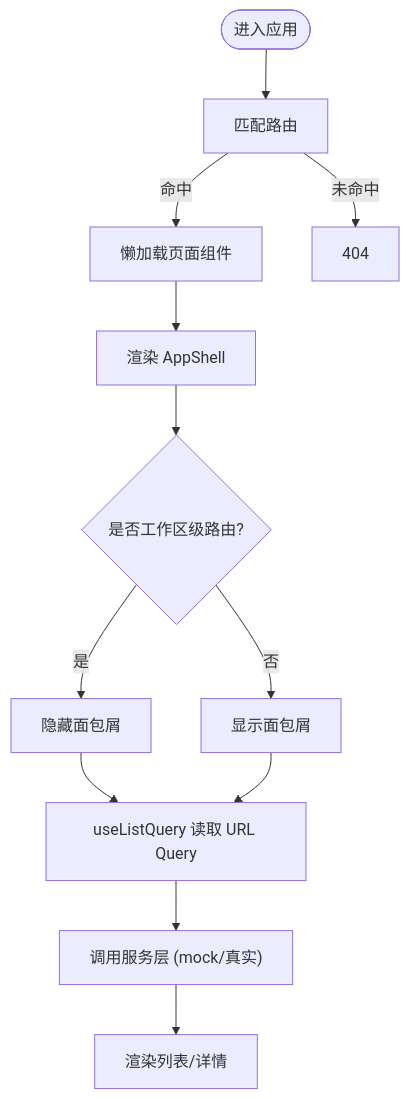
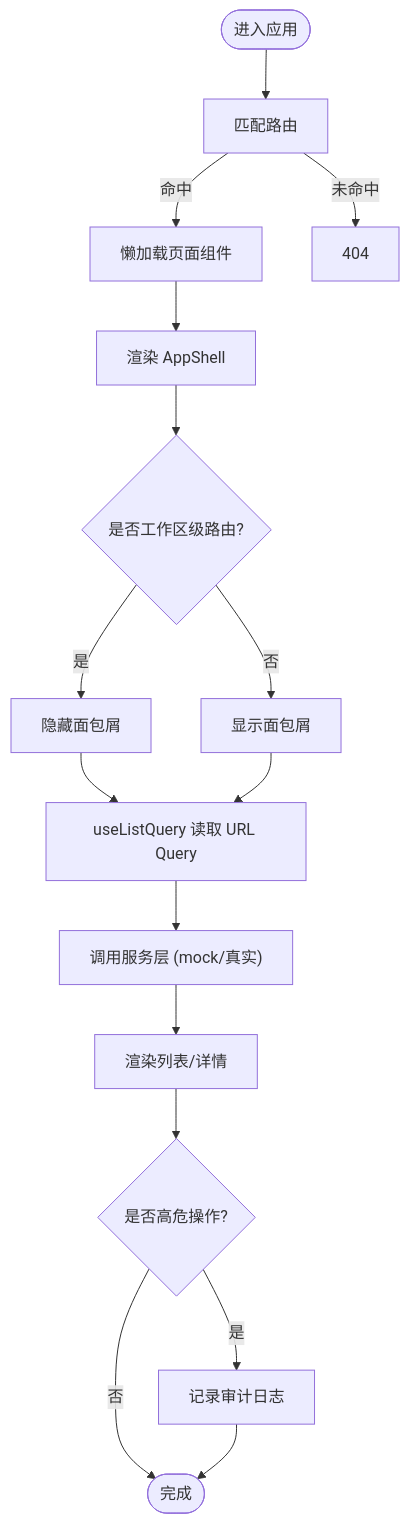
One commit to huiliuxu780/MoreThanCorn changed the third of 5 diagrams in .qoder/repowiki/zh/content/前端架构与页面清单.md. Above: the diagram before and after it, drawn with Mermaid. The commit also changed other lines of this file and 125 other files, not shown here.

````diff
--- a/.qoder/repowiki/zh/content/前端架构与页面清单.md
+++ b/.qoder/repowiki/zh/content/前端架构与页面清单.md
@@ -213,14 +229,18 @@
 ```mermaid
 flowchart TD
 Start(["进入应用"]) --> CheckRoute["匹配路由"]
 CheckRoute --> |命中| LazyLoad["懒加载页面组件"]
 CheckRoute --> |未命中| NotFound["404"]
 LazyLoad --> RenderShell["渲染 AppShell"]
 RenderShell --> ShowBreadcrumbs{"是否工作区级路由?"}
 ShowBreadcrumbs --> |是| HideBC["隐藏面包屑"]
 ShowBreadcrumbs --> |否| ShowBC["显示面包屑"]
 HideBC --> LoadData["useListQuery 读取 URL Query"]
 ShowBC --> LoadData
 LoadData --> CallService["调用服务层 (mock/真实)"]
 CallService --> Display["渲染列表/详情"]
+Display --> AuditCheck{"是否高危操作?"}
+AuditCheck --> |是| LogAudit["记录审计日志"]
+AuditCheck --> |否| End(["完成"])
+LogAudit --> End
 ```
````
